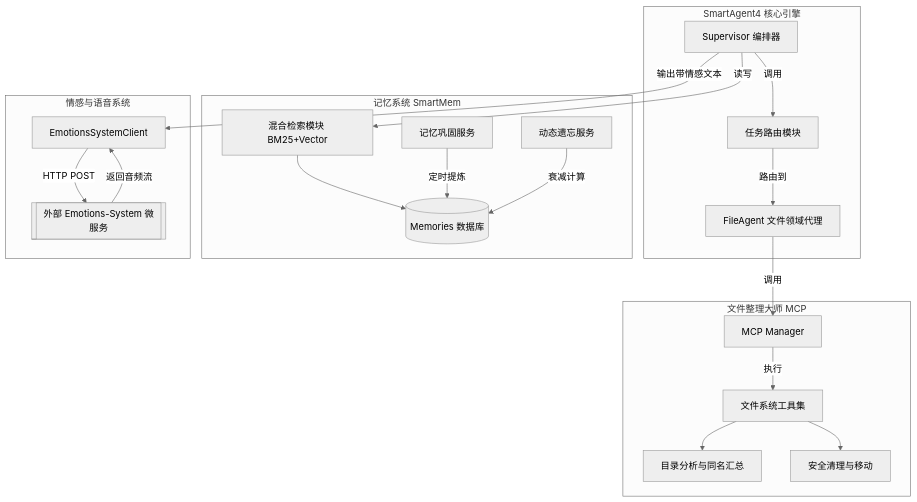
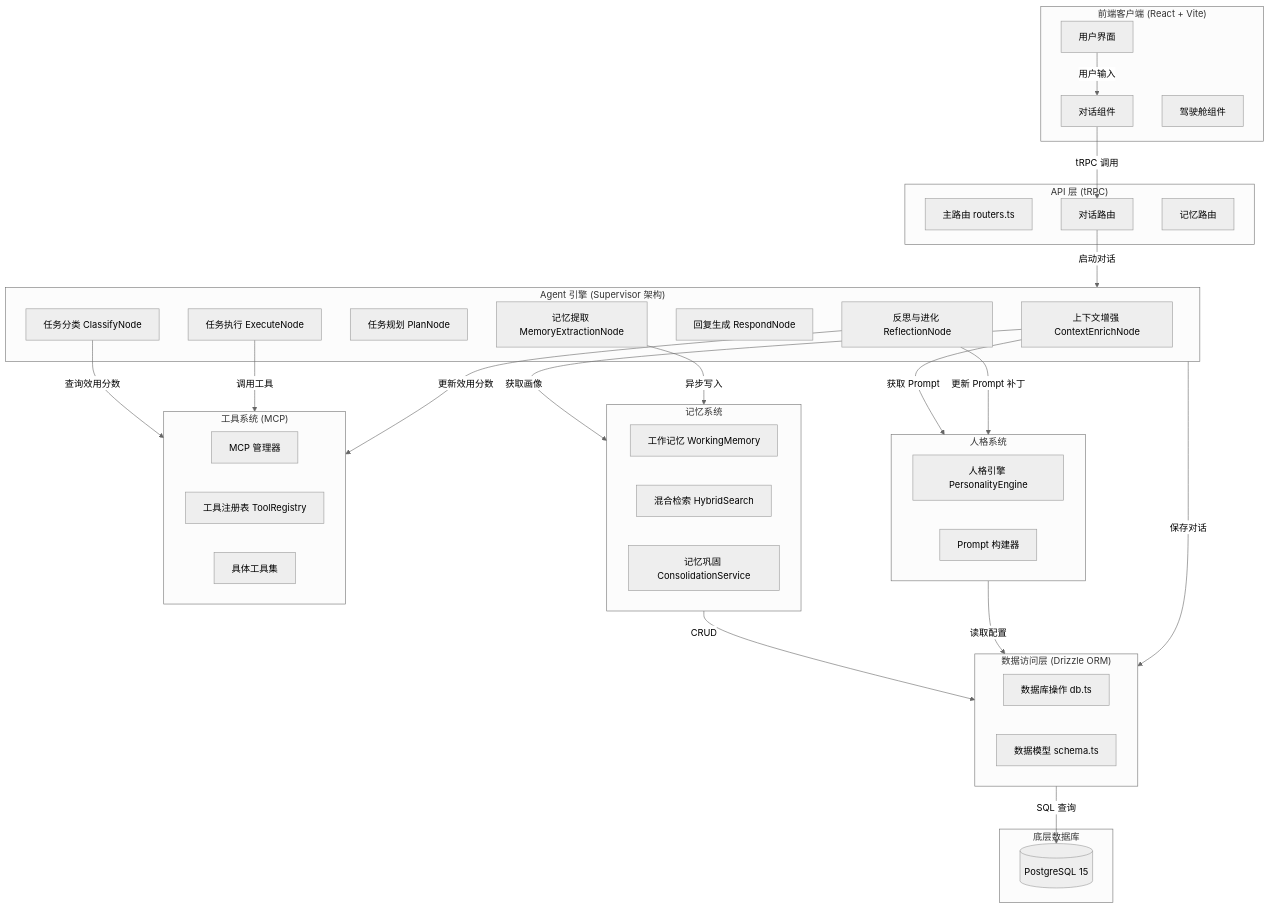
The diagram in diagrams/architecture.mmd (yangli0403/SmartAgent4), drawn with Mermaid (neutral theme) before and after one commit. The commit also changed 2 other files, not shown here.

Commit message:
Phase 2: Architecture & Design - 架构设计

```diff
--- a/diagrams/architecture.mmd
+++ b/diagrams/architecture.mmd
@@ -1,46 +1,67 @@
 graph TD
-    %% 核心 Agent 引擎
-    subgraph AgentEngine [SmartAgent4 核心引擎]
-        Supervisor[Supervisor 编排器]
-        FileAgent[FileAgent 文件领域代理]
-        TaskRouter[任务路由模块]
+    subgraph Client["前端客户端 (React + Vite)"]
+        UI[用户界面]
+        Chat[对话组件]
+        Cockpit[驾驶舱组件]
     end
 
-    %% 记忆系统 (SmartMem 集成)
-    subgraph MemorySystem [记忆系统 SmartMem]
-        MemDB[(Memories 数据库)]
-        HybridSearch[混合检索模块 BM25+Vector]
-        Consolidation[记忆巩固服务]
-        Forgetting[动态遗忘服务]
+    subgraph API_Layer["API 层 (tRPC)"]
+        Router[主路由 routers.ts]
+        ChatRouter[对话路由]
+        MemoryRouter[记忆路由]
     end
 
-    %% 情感与语音系统 (Emotions-System 集成)
-    subgraph EmotionSystem [情感与语音系统]
-        EmotionClient[EmotionsSystemClient]
-        TTS_Service[[外部 Emotions-System 微服务]]
+    subgraph Agent_Engine["Agent 引擎 (Supervisor 架构)"]
+        Context[上下文增强 ContextEnrichNode]
+        Classify[任务分类 ClassifyNode]
+        Plan[任务规划 PlanNode]
+        Execute[任务执行 ExecuteNode]
+        Respond[回复生成 RespondNode]
+        Extract[记忆提取 MemoryExtractionNode]
+        Reflect[反思与进化 ReflectionNode]
     end
 
-    %% 文件整理大师 (MCP 扩展)
-    subgraph FileOrganizer [文件整理大师 MCP]
-        MCP_Manager[MCP Manager]
-        FileTools[文件系统工具集]
-        Analyzer[目录分析与同名汇总]
-        Cleaner[安全清理与移动]
+    subgraph Personality_System["人格系统"]
+        Engine[人格引擎 PersonalityEngine]
+        PromptBuilder[Prompt 构建器]
     end
 
-    %% 交互关系
-    Supervisor -->|调用| TaskRouter
-    TaskRouter -->|路由到| FileAgent
-    FileAgent -->|调用| MCP_Manager
-    MCP_Manager -->|执行| FileTools
-    FileTools --> Analyzer
-    FileTools --> Cleaner
+    subgraph Memory_System["记忆系统"]
+        WorkingMem[工作记忆 WorkingMemory]
+        HybridSearch[混合检索 HybridSearch]
+        Consolidation[记忆巩固 ConsolidationService]
+    end
 
-    Supervisor -->|读写| HybridSearch
-    HybridSearch --> MemDB
-    Consolidation -->|定时提炼| MemDB
-    Forgetting -->|衰减计算| MemDB
+    subgraph Tool_System["工具系统 (MCP)"]
+        MCPManager[MCP 管理器]
+        ToolRegistry[工具注册表 ToolRegistry]
+        Tools[具体工具集]
+    end
 
-    Supervisor -->|输出带情感文本| EmotionClient
-    EmotionClient -->|HTTP POST| TTS_Service
-    TTS_Service -->|返回音频流| EmotionClient
+    subgraph Data_Layer["数据访问层 (Drizzle ORM)"]
+        DB[数据库操作 db.ts]
+        Schema[数据模型 schema.ts]
+    end
+
+    subgraph Database["底层数据库"]
+        PostgreSQL[(PostgreSQL 15)]
+    end
+
+    %% 数据流与依赖关系
+    UI -->|用户输入| Chat
+    Chat -->|tRPC 调用| ChatRouter
+    ChatRouter -->|启动对话| Agent_Engine
+
+    Context -->|获取画像| Memory_System
+    Context -->|获取 Prompt| Personality_System
+    Classify -->|查询效用分数| Tool_System
+    Execute -->|调用工具| Tool_System
+    Extract -->|异步写入| Memory_System
+    Reflect -->|更新效用分数| Tool_System
+    Reflect -->|更新 Prompt 补丁| Personality_System
+
+    Memory_System -->|CRUD| Data_Layer
+    Personality_System -->|读取配置| Data_Layer
+    Agent_Engine -->|保存对话| Data_Layer
+
+    Data_Layer -->|SQL 查询| PostgreSQL
```
